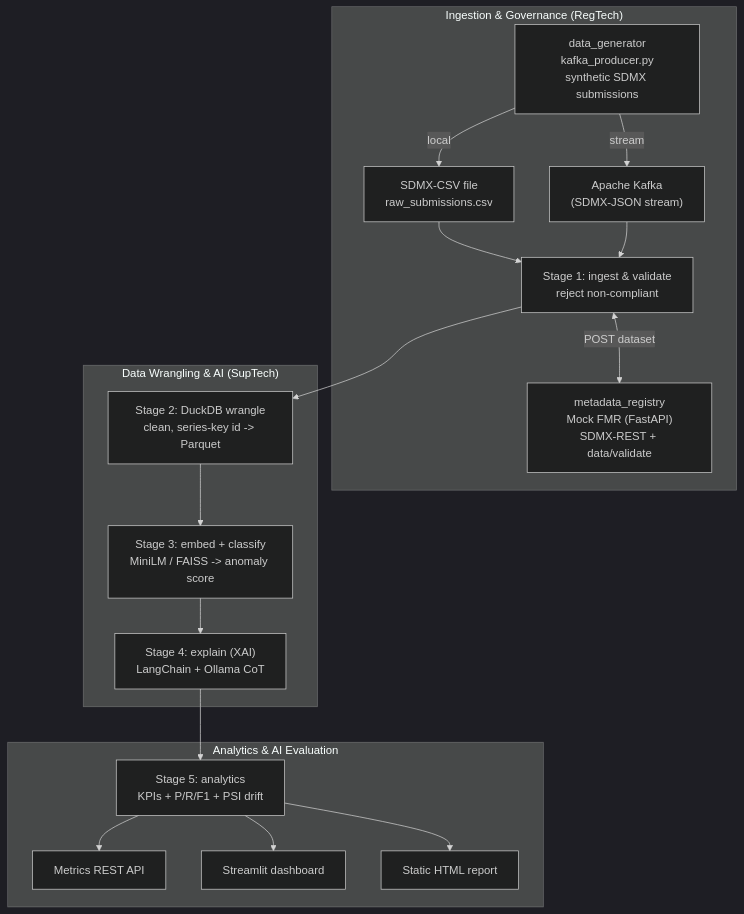
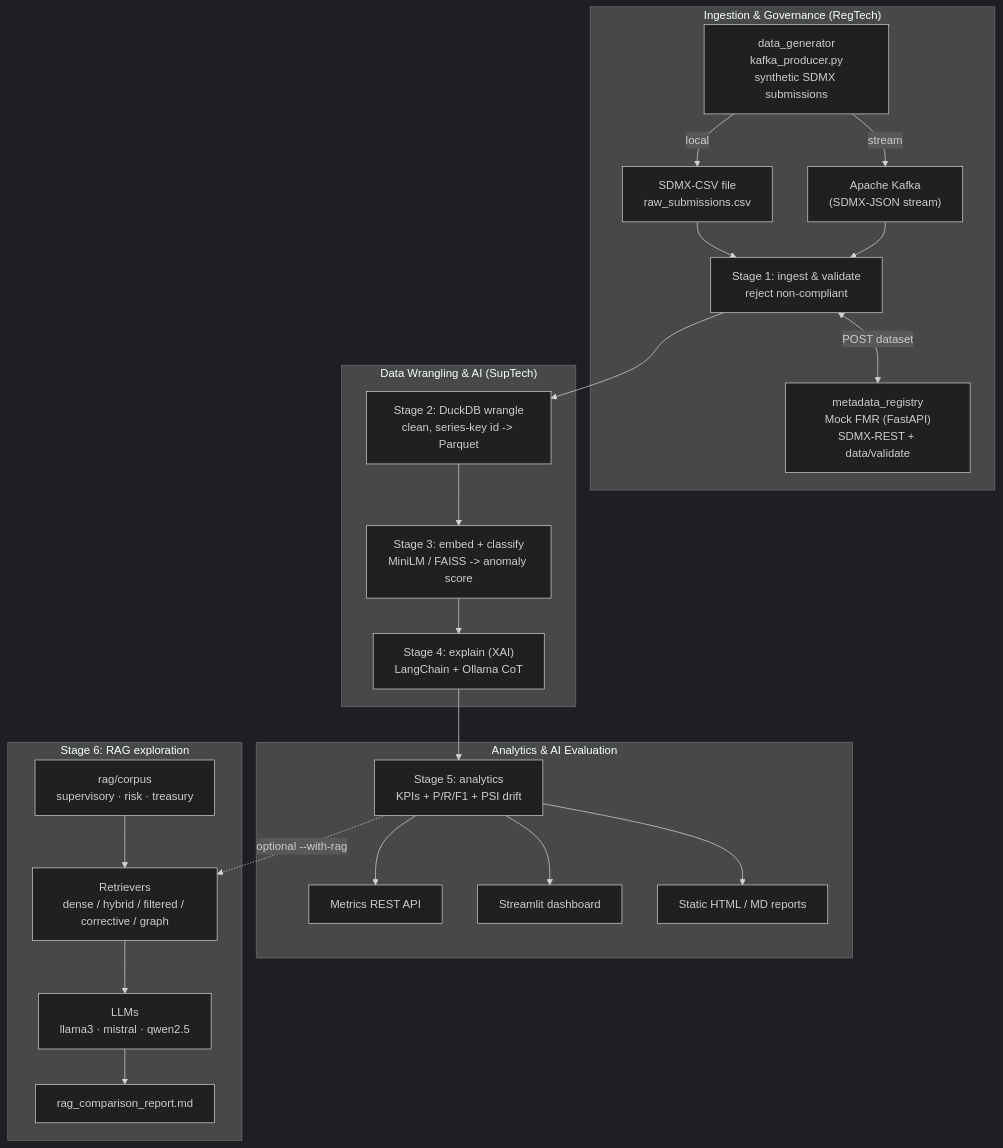
The diagram in docs/diagrams/architecture.mmd (dvandra/suptech-xai-pipeline), drawn with Mermaid (dark theme) before and after one commit. The commit also changed 7 other files, not shown here.

First line of the commit message:
docs: document Stage 6 RAG end-to-end across README and architecture

```diff
--- a/docs/diagrams/architecture.mmd
+++ b/docs/diagrams/architecture.mmd
@@ -1,31 +1,40 @@
 flowchart TD
     subgraph Ingestion["Ingestion & Governance (RegTech)"]
         GEN["data_generator<br/>kafka_producer.py<br/>synthetic SDMX submissions"]
         KAFKA["Apache Kafka<br/>(SDMX-JSON stream)"]
         CSV["SDMX-CSV file<br/>raw_submissions.csv"]
         FMR["metadata_registry<br/>Mock FMR (FastAPI)<br/>SDMX-REST + data/validate"]
         S1["Stage 1: ingest & validate<br/>reject non-compliant"]
     end
 
     subgraph Analytics["Data Wrangling & AI (SupTech)"]
         S2["Stage 2: DuckDB wrangle<br/>clean, series-key id -> Parquet"]
         S3["Stage 3: embed + classify<br/>MiniLM / FAISS -> anomaly score"]
         S4["Stage 4: explain (XAI)<br/>LangChain + Ollama CoT"]
     end
 
     subgraph Intelligence["Analytics & AI Evaluation"]
         S5["Stage 5: analytics<br/>KPIs + P/R/F1 + PSI drift"]
         API["Metrics REST API"]
         DASH["Streamlit dashboard"]
-        HTML["Static HTML report"]
+        HTML["Static HTML / MD reports"]
+    end
+
+    subgraph RAGLayer["Stage 6: RAG exploration"]
+        CORPUS["rag/corpus<br/>supervisory · risk · treasury"]
+        RET["Retrievers<br/>dense / hybrid / filtered / corrective / graph"]
+        MODELS["LLMs<br/>llama3 · mistral · qwen2.5"]
+        RAGREP["rag_comparison_report.md"]
     end
 
     GEN -->|local| CSV
     GEN -->|stream| KAFKA
     CSV --> S1
     KAFKA --> S1
     S1 <-->|POST dataset| FMR
     S1 --> S2 --> S3 --> S4 --> S5
     S5 --> API
     S5 --> DASH
     S5 --> HTML
+    CORPUS --> RET --> MODELS --> RAGREP
+    S5 -.->|optional --with-rag| RET
```
